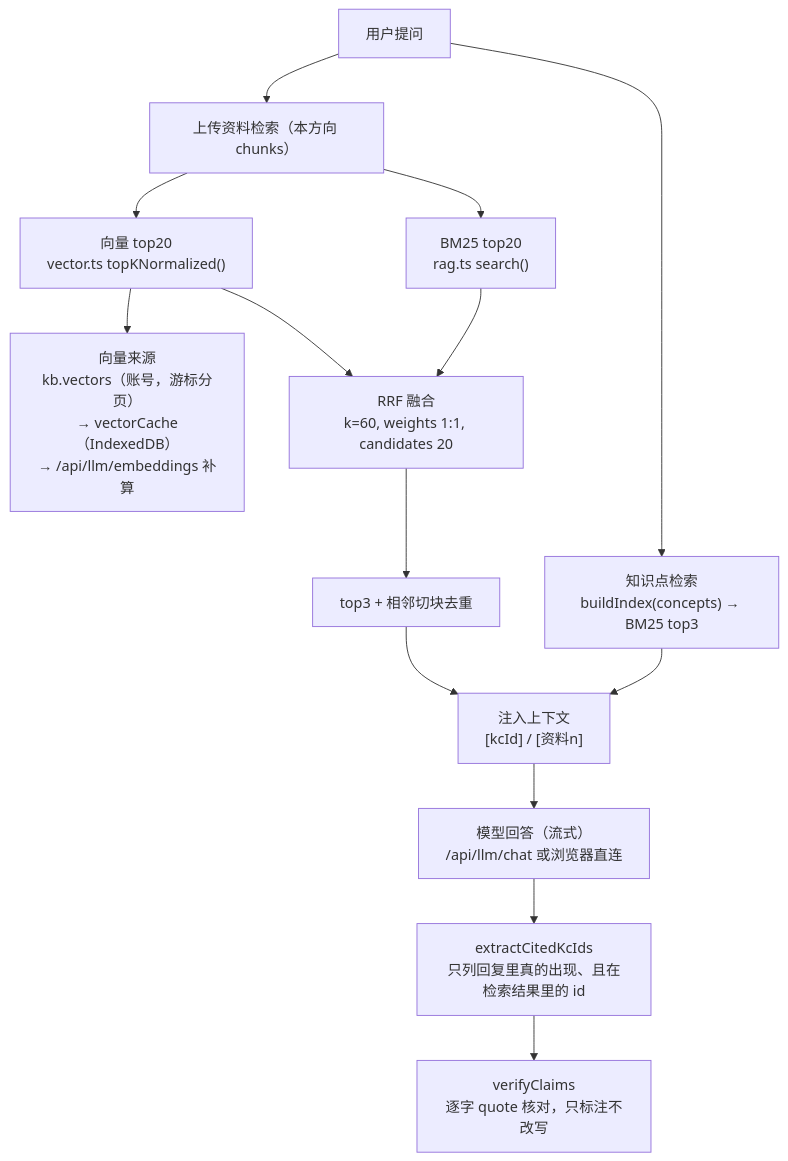
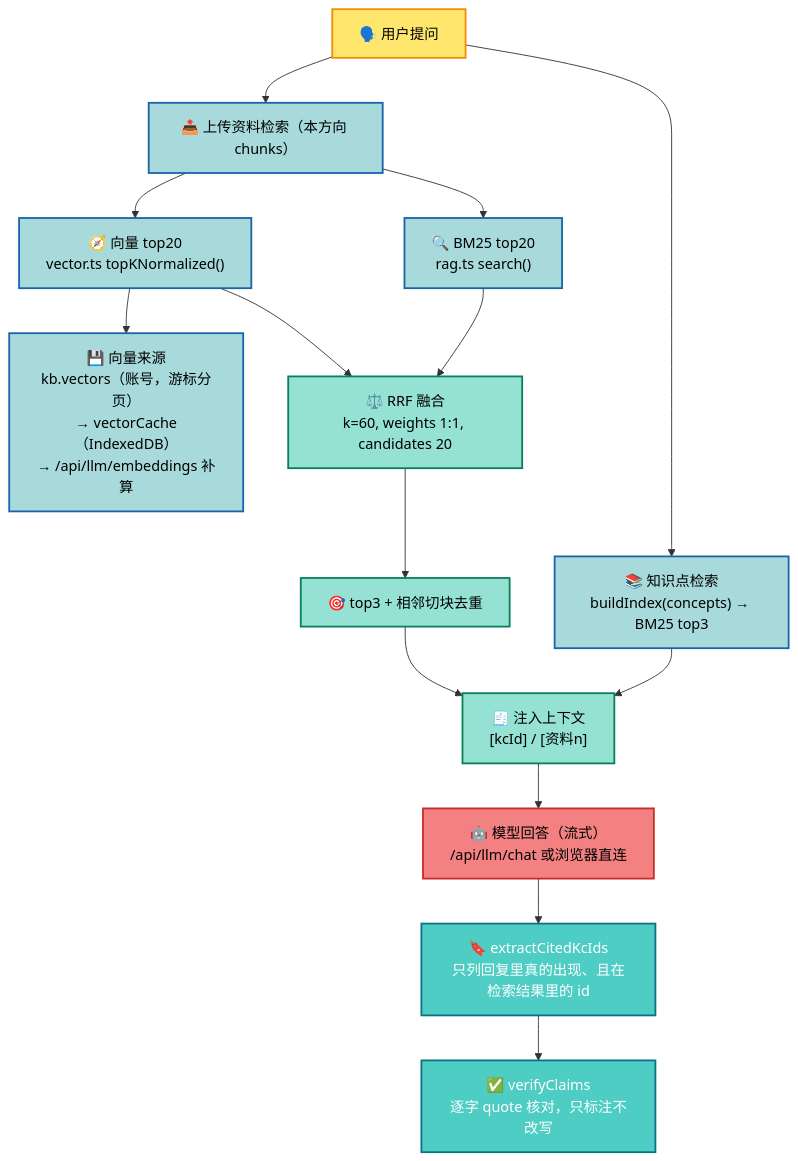
One commit to Jasonsomelike/chuanzhibei-ai-web-adaptive-learning changed the diagram in docs/rag.md. Above: the diagram before and after it, drawn with Mermaid. The commit also changed 2 other files, not shown here.

Commit message:
文档图表优化：分层架构图与 README 框图升级为 Mermaid
- architecture.md：ASCII 分层架构图（数据/决策/触点/表现四层）
  升级为 Mermaid flowchart，硬约束「决策层不 import 触点层」
  以虚线边显式画出；ASCII 版保留为折叠兜底
- architecture.md / rag.md：既有 3 张 Mermaid 流程图按规范补齐
  classDef 高对比配色（每个 classDef 均带 color:）与语义符号，
  核心链路 / 检索 / 融合 / 模型 / 核对五类节点颜色区分
- README：架构图与 RAG 框图从 ASCII 升级为 Mermaid（GitHub
  原生渲染），ASCII 保留为 details 折叠兜底
- 全部 6 张图经 mermaid-cli（mmdc 12.2.0）渲染验证通过，
  并用 extract_mermaid.py 从最终文档反向提取复核内容完整

纯文档改动，不触碰代码与测试。

````diff
--- a/docs/rag.md
+++ b/docs/rag.md
@@ -7,16 +7,28 @@
 ```mermaid
 flowchart TD
-  Q["用户提问"] --> KP["知识点检索<br/>buildIndex(concepts) → BM25 top3"]
-  Q --> UP["上传资料检索（本方向 chunks）"]
-  UP --> B1["BM25 top20<br/>rag.ts search()"]
-  UP --> V1["向量 top20<br/>vector.ts topKNormalized()"]
-  V1 --> VS["向量来源<br/>kb.vectors（账号，游标分页）<br/>→ vectorCache（IndexedDB）<br/>→ /api/llm/embeddings 补算"]
-  B1 --> RRF["RRF 融合<br/>k=60, weights 1:1, candidates 20"]
+  Q["🗣️ 用户提问"] --> KP["📚 知识点检索<br/>buildIndex(concepts) → BM25 top3"]
+  Q --> UP["📤 上传资料检索（本方向 chunks）"]
+  UP --> B1["🔍 BM25 top20<br/>rag.ts search()"]
+  UP --> V1["🧭 向量 top20<br/>vector.ts topKNormalized()"]
+  V1 --> VS["💾 向量来源<br/>kb.vectors（账号，游标分页）<br/>→ vectorCache（IndexedDB）<br/>→ /api/llm/embeddings 补算"]
+  B1 --> RRF["⚖️ RRF 融合<br/>k=60, weights 1:1, candidates 20"]
   V1 --> RRF
-  RRF --> TOP["top3 + 相邻切块去重"]
-  KP --> CTX["注入上下文<br/>[kcId] / [资料n]"]
+  RRF --> TOP["🎯 top3 + 相邻切块去重"]
+  KP --> CTX["🧾 注入上下文<br/>[kcId] / [资料n]"]
   TOP --> CTX
-  CTX --> LLM["模型回答（流式）<br/>/api/llm/chat 或浏览器直连"]
-  LLM --> CITE["extractCitedKcIds<br/>只列回复里真的出现、且在检索结果里的 id"]
-  CITE --> VER["verifyClaims<br/>逐字 quote 核对，只标注不改写"]
+  CTX --> LLM["🤖 模型回答（流式）<br/>/api/llm/chat 或浏览器直连"]
+  LLM --> CITE["🔖 extractCitedKcIds<br/>只列回复里真的出现、且在检索结果里的 id"]
+  CITE --> VER["✅ verifyClaims<br/>逐字 quote 核对，只标注不改写"]
+
+  classDef entry fill:#FFE66D,stroke:#F08C00,stroke-width:2px,color:#000
+  classDef retrieve fill:#A8DADC,stroke:#1864AB,stroke-width:2px,color:#000
+  classDef fuse fill:#95E1D3,stroke:#087F5B,stroke-width:2px,color:#000
+  classDef model fill:#F38181,stroke:#C92A2A,stroke-width:2px,color:#000
+  classDef guard fill:#4ECDC4,stroke:#0B7285,stroke-width:2px,color:#fff
+
+  class Q entry
+  class KP,UP,B1,V1,VS retrieve
+  class RRF,TOP,CTX fuse
+  class LLM model
+  class CITE,VER guard
 ```
````
